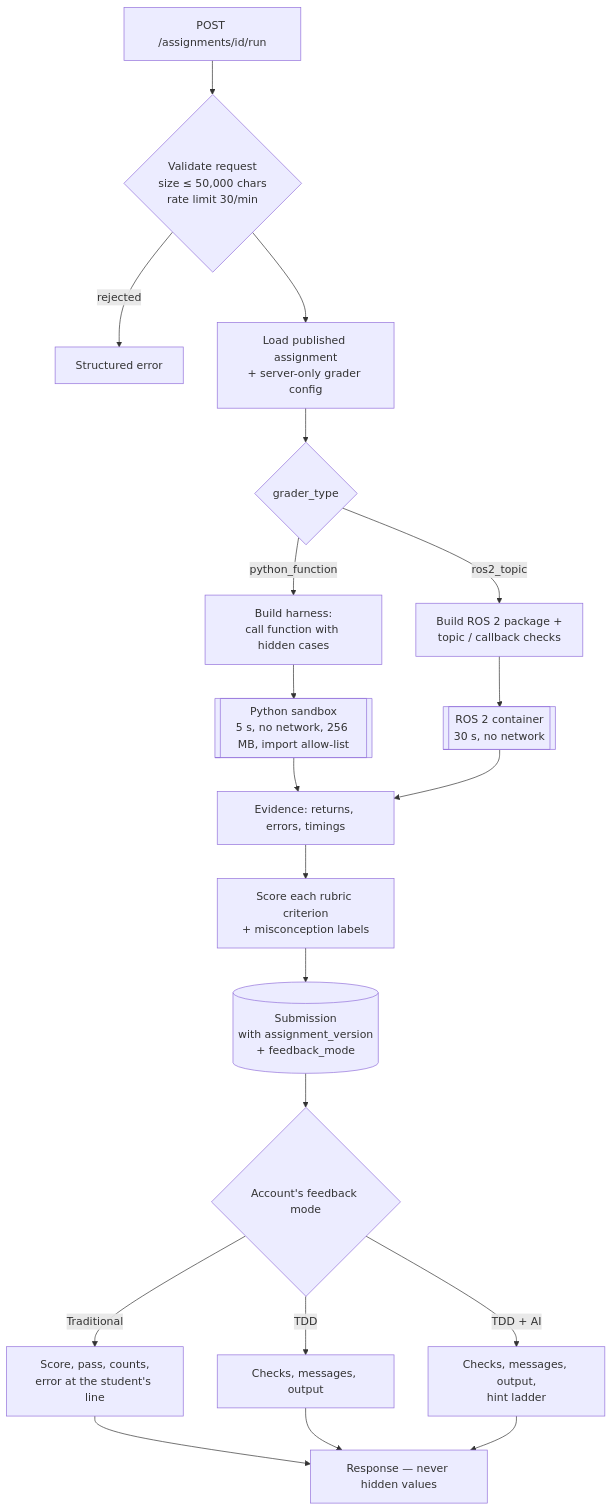
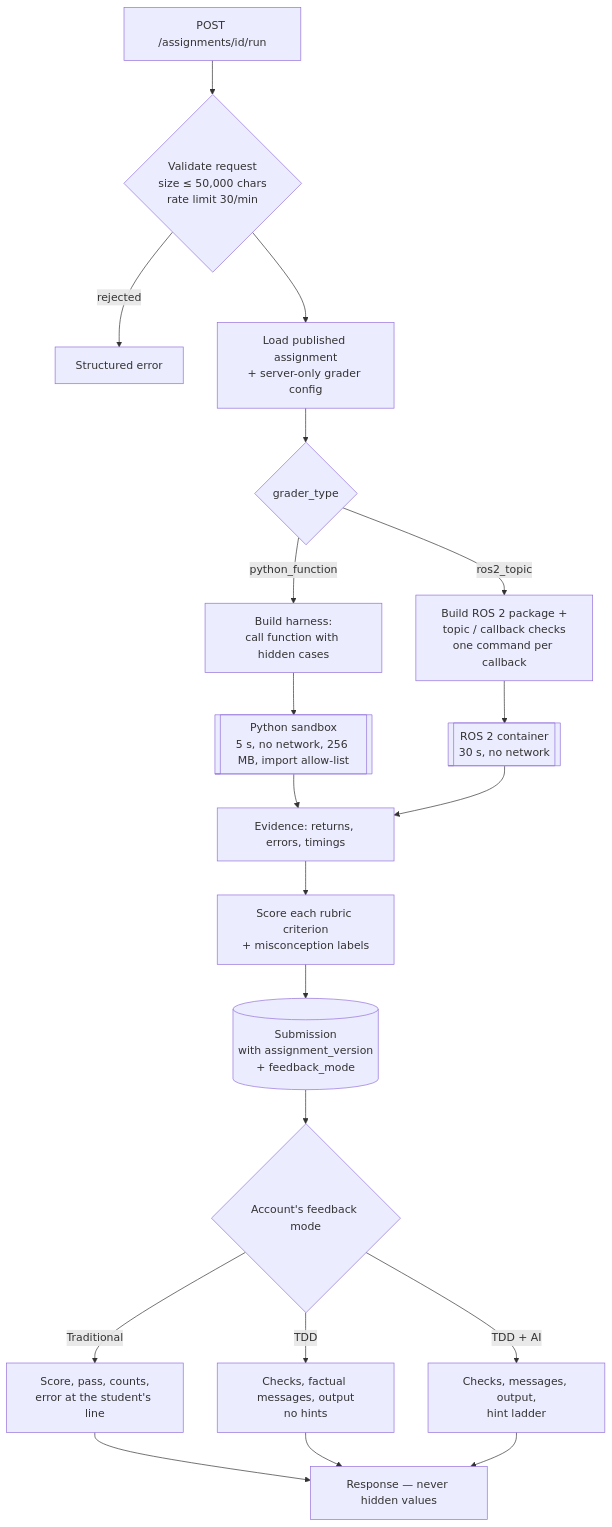
One commit to CS-Ponkoj/Robotics-Programming-Lab-Live changed the second of 2 diagrams in docs/system-architecture/TRD.md. Above: the diagram before and after it, drawn with Mermaid. The commit also changed other lines of this file and 4 other files, not shown here.

First line of the commit message:
Update architecture docs and SQA record for the Assignment 1-2 QA release

````diff
--- a/docs/system-architecture/TRD.md
+++ b/docs/system-architecture/TRD.md
@@ -80,22 +80,22 @@
 ```mermaid
 flowchart TD
     REQ[POST /assignments/id/run] --> V{Validate request<br/>size ≤ 50,000 chars<br/>rate limit 30/min}
     V -- rejected --> E1[Structured error]
     V --> LOAD[Load published assignment<br/>+ server-only grader config]
     LOAD --> PICK{grader_type}
     PICK -->|python_function| PF[Build harness:<br/>call function with hidden cases]
-    PICK -->|ros2_topic| RT[Build ROS 2 package +<br/>topic / callback checks]
+    PICK -->|ros2_topic| RT[Build ROS 2 package +<br/>topic / callback checks<br/>one command per callback]
     PF --> SBX[[Python sandbox<br/>5 s, no network, 256 MB, import allow-list]]
     RT --> RBX[[ROS 2 container<br/>30 s, no network]]
     SBX --> EV[Evidence: returns, errors, timings]
     RBX --> EV
     EV --> SCORE[Score each rubric criterion<br/>+ misconception labels]
     SCORE --> SAVE[(Submission<br/>with assignment_version<br/>+ feedback_mode)]
     SAVE --> MODE{Account's feedback mode}
     MODE -->|Traditional| RT1[Score, pass, counts,<br/>error at the student's line]
-    MODE -->|TDD| RT2[Checks, messages, output]
+    MODE -->|TDD| RT2[Checks, factual messages, output<br/>no hints]
     MODE -->|TDD + AI| RT3[Checks, messages, output,<br/>hint ladder]
     RT1 --> RESP[Response — never hidden values]
     RT2 --> RESP
     RT3 --> RESP
 ```
````
